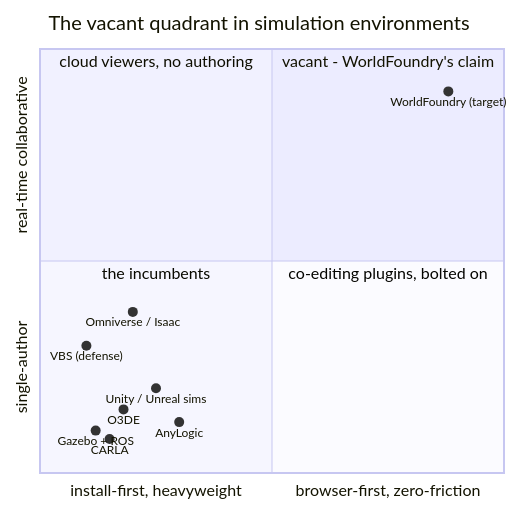
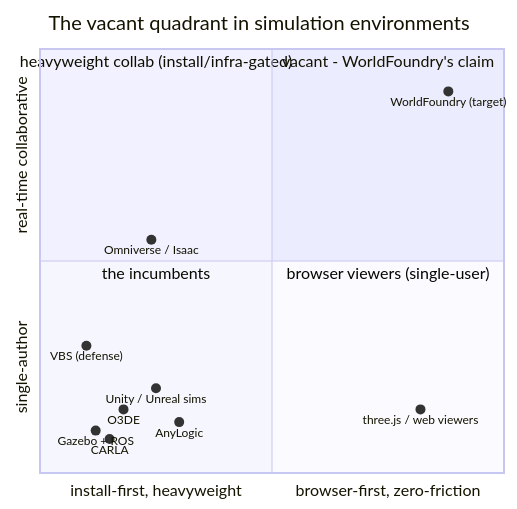
The first of 4 diagrams in docs/investigations/2026-07-05-worldfoundry-default-sim-environment.md (wbniv/WorldFoundry), drawn with Mermaid before and after one commit. The commit also changed other lines of this file and 1 other file, not shown here.

First line of the commit message:
docs(investigations): market-sized charts, per-industry tables, moat quadrant

````diff
--- a/docs/investigations/2026-07-05-worldfoundry-default-sim-environment.md
+++ b/docs/investigations/2026-07-05-worldfoundry-default-sim-environment.md
@@ -59,18 +59,19 @@
 ```mermaid
 quadrantChart
     title The vacant quadrant in simulation environments
     x-axis "install-first, heavyweight" --> "browser-first, zero-friction"
     y-axis "single-author" --> "real-time collaborative"
     quadrant-1 "vacant - WorldFoundry's claim"
-    quadrant-2 "cloud viewers, no authoring"
+    quadrant-2 "heavyweight collab (install/infra-gated)"
     quadrant-3 "the incumbents"
-    quadrant-4 "co-editing plugins, bolted on"
-    "Omniverse / Isaac": [0.2, 0.38]
+    quadrant-4 "browser viewers (single-user)"
+    "Omniverse / Isaac": [0.24, 0.55]
     "Gazebo + ROS": [0.12, 0.1]
     "CARLA": [0.15, 0.08]
     "Unity / Unreal sims": [0.25, 0.2]
     "VBS (defense)": [0.1, 0.3]
     "O3DE": [0.18, 0.15]
     "AnyLogic": [0.3, 0.12]
+    "three.js / web viewers": [0.82, 0.15]
     "WorldFoundry (target)": [0.88, 0.9]
 ```
````
